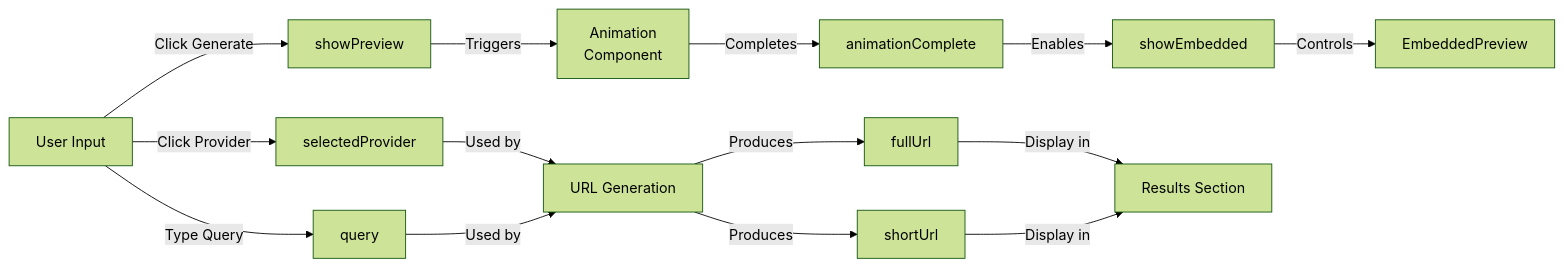
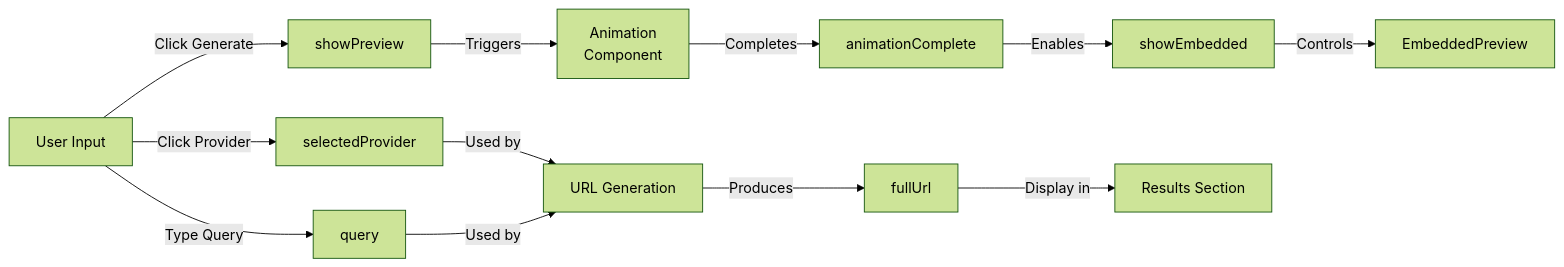
One commit to elicortez/letmeaskaiforyou changed the seventh of 13 diagrams in ARCHITECTURE.md. Above: the diagram before and after it, drawn with Mermaid (forest theme). The commit also changed other lines of this file and 2 other files, not shown here.

````diff
--- a/ARCHITECTURE.md
+++ b/ARCHITECTURE.md
@@ -238,17 +228,16 @@
 ```mermaid
 graph LR
     User["User Input"] -->|Click Provider| State1["selectedProvider"]
     User -->|Type Query| State2["query"]
     User -->|Click Generate| State3["showPreview"]
     
     State3 -->|Triggers| Animation["Animation<br/>Component"]
     Animation -->|Completes| State4["animationComplete"]
     
     State1 & State2 -->|Used by| URLGen["URL Generation"]
     URLGen -->|Produces| State5["fullUrl"]
-    URLGen -->|Produces| State6["shortUrl"]
     
     State4 -->|Enables| State7["showEmbedded"]
-    State5 & State6 -->|Display in| Results["Results Section"]
+    State5 -->|Display in| Results["Results Section"]
     State7 -->|Controls| Preview["EmbeddedPreview"]
 ```
````
